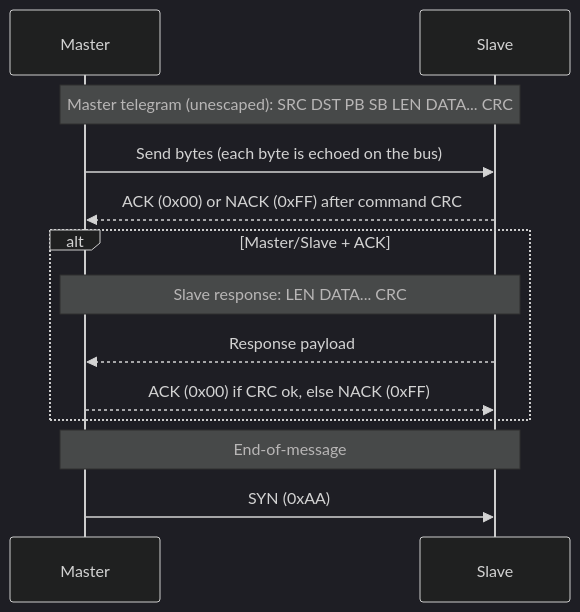
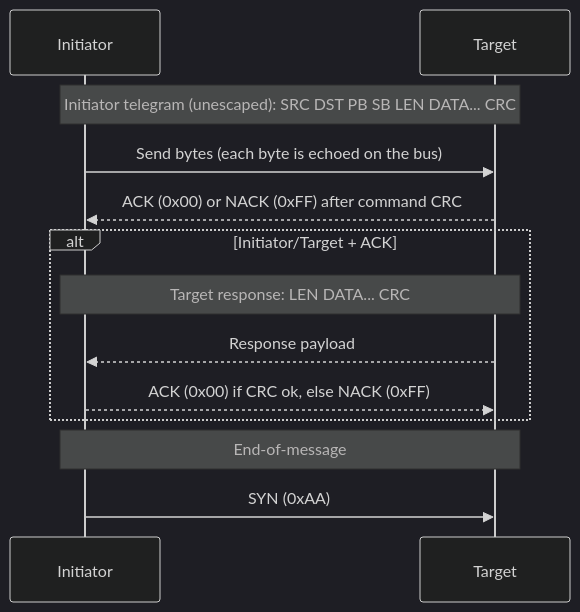
One commit to Project-Helianthus/helianthus-docs-ebus changed the diagram in protocols/ebus-overview.md. Above: the diagram before and after it, drawn with Mermaid (dark theme). The commit also changed other lines of this file and 8 other files, not shown here.

First line of the commit message:
docs: adopt initiator/target terminology and enforce via CI

````diff
--- a/protocols/ebus-overview.md
+++ b/protocols/ebus-overview.md
@@ -57,18 +68,18 @@
 ```mermaid
 sequenceDiagram
-  participant M as Master
-  participant S as Slave
+  participant I as Initiator
+  participant T as Target
 
-  Note over M,S: Master telegram (unescaped): SRC DST PB SB LEN DATA... CRC
-  M->>S: Send bytes (each byte is echoed on the bus)
-  S-->>M: ACK (0x00) or NACK (0xFF) after command CRC
+  Note over I,T: Initiator telegram (unescaped): SRC DST PB SB LEN DATA... CRC
+  I->>T: Send bytes (each byte is echoed on the bus)
+  T-->>I: ACK (0x00) or NACK (0xFF) after command CRC
 
-  alt Master/Slave + ACK
-    Note over M,S: Slave response: LEN DATA... CRC
-    S-->>M: Response payload
-    M-->>S: ACK (0x00) if CRC ok, else NACK (0xFF)
+  alt Initiator/Target + ACK
+    Note over I,T: Target response: LEN DATA... CRC
+    T-->>I: Response payload
+    I-->>T: ACK (0x00) if CRC ok, else NACK (0xFF)
   end
 
-  Note over M,S: End-of-message
-  M->>S: SYN (0xAA)
+  Note over I,T: End-of-message
+  I->>T: SYN (0xAA)
 ```
````
